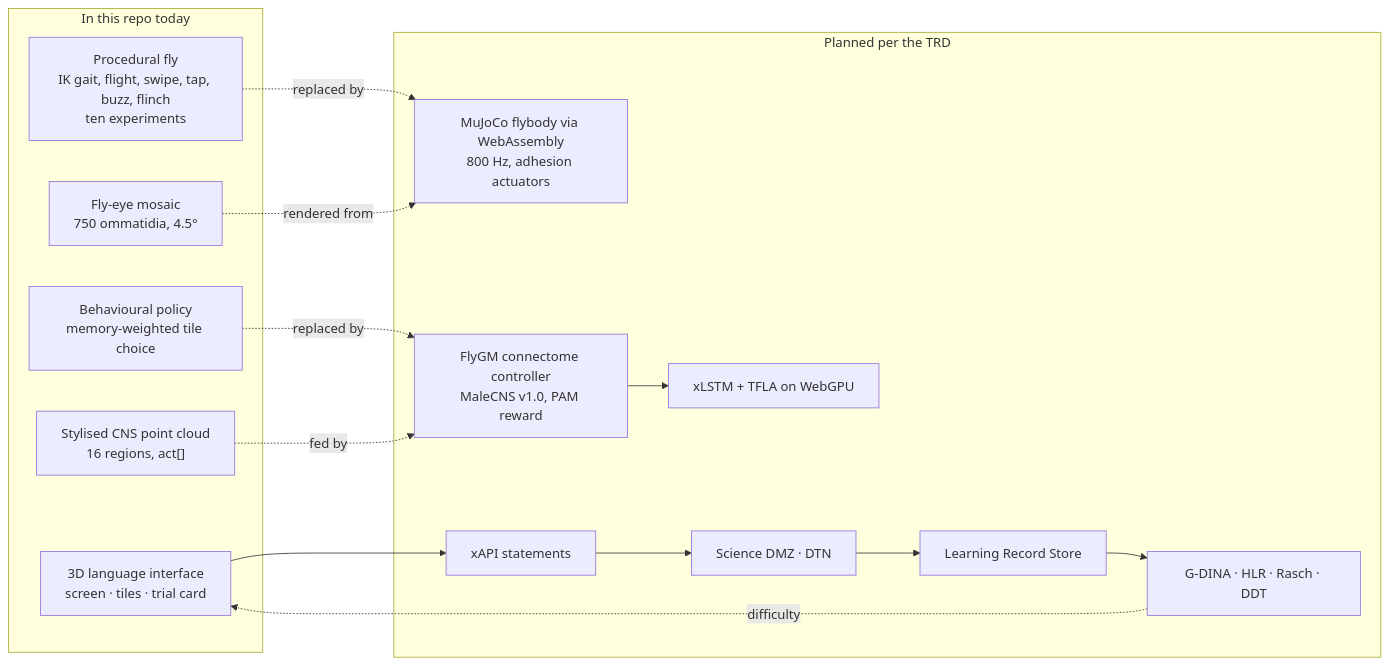
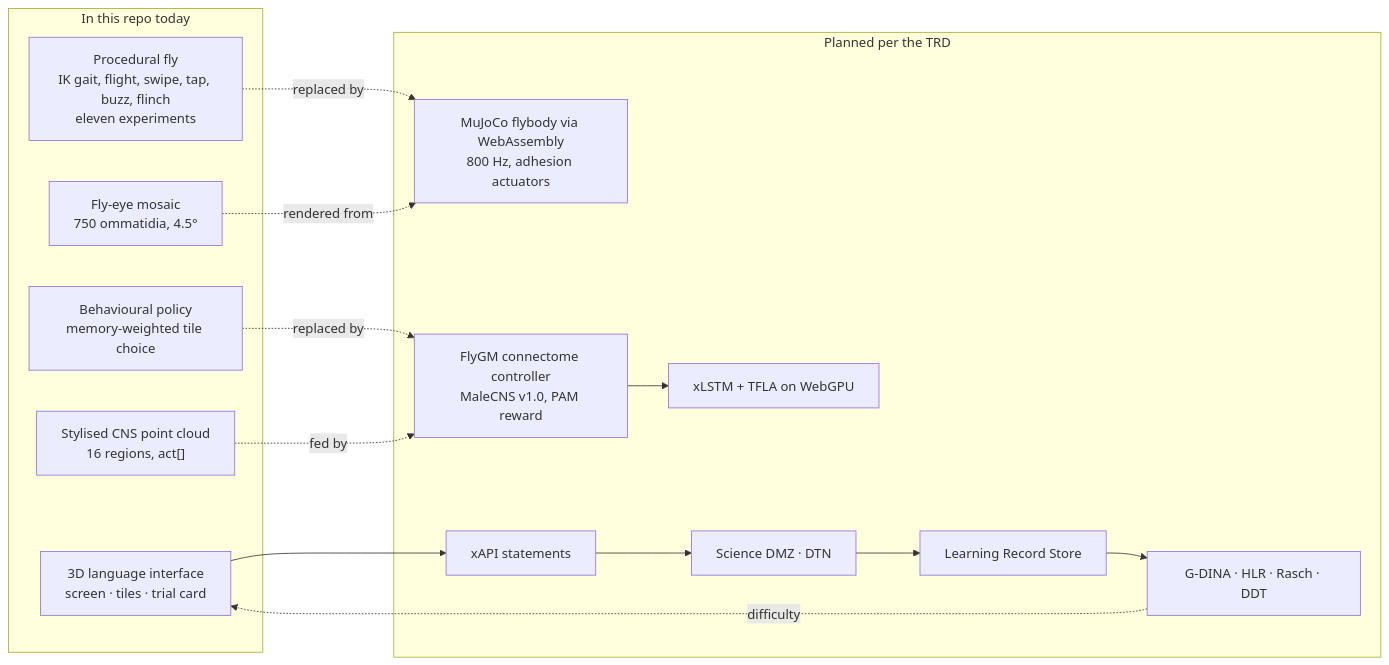
The fourth of 4 diagrams in README.md (jayrosen-design/fly-lingo), drawn with Mermaid before and after one commit. The commit also changed other lines of this file and 6 other files, not shown here.

````diff
--- a/README.md
+++ b/README.md
@@ -455,26 +474,26 @@
 ```mermaid
 flowchart LR
   subgraph Now["In this repo today"]
     UI["3D language interface<br/>screen · tiles · trial card"]
-    FlyP["Procedural fly<br/>IK gait, flight, swipe, tap, buzz, flinch<br/>ten experiments"]
+    FlyP["Procedural fly<br/>IK gait, flight, swipe, tap, buzz, flinch<br/>eleven experiments"]
     Policy["Behavioural policy<br/>memory-weighted tile choice"]
     BrainViz["Stylised CNS point cloud<br/>16 regions, act[]"]
     Eye["Fly-eye mosaic<br/>750 ommatidia, 4.5°"]
   end
   subgraph Planned["Planned per the TRD"]
     MuJoCo["MuJoCo flybody via WebAssembly<br/>800 Hz, adhesion actuators"]
     FlyGM["FlyGM connectome controller<br/>MaleCNS v1.0, PAM reward"]
     xLSTM["xLSTM + TFLA on WebGPU"]
     xAPI["xAPI statements"]
     DMZ["Science DMZ · DTN"]
     LRS["Learning Record Store"]
     Eval["G-DINA · HLR · Rasch · DDT"]
   end
   Policy -. replaced by .-> FlyGM
   FlyP -. replaced by .-> MuJoCo
   BrainViz -. fed by .-> FlyGM
   Eye -. rendered from .-> MuJoCo
   UI --> xAPI --> DMZ --> LRS --> Eval
   Eval -. difficulty .-> UI
   FlyGM --> xLSTM
 ```
````
